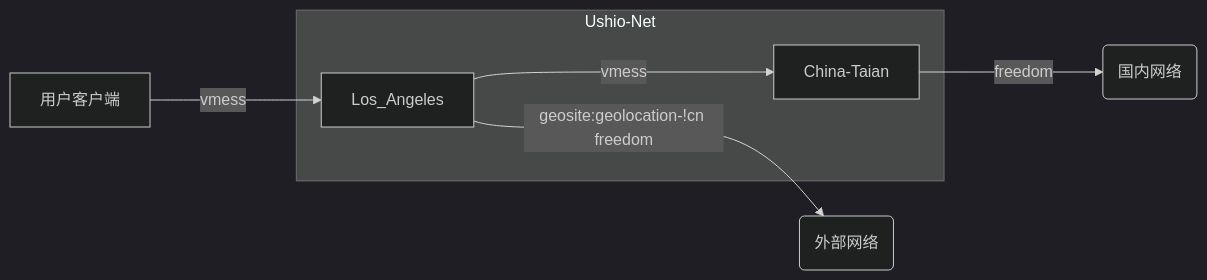
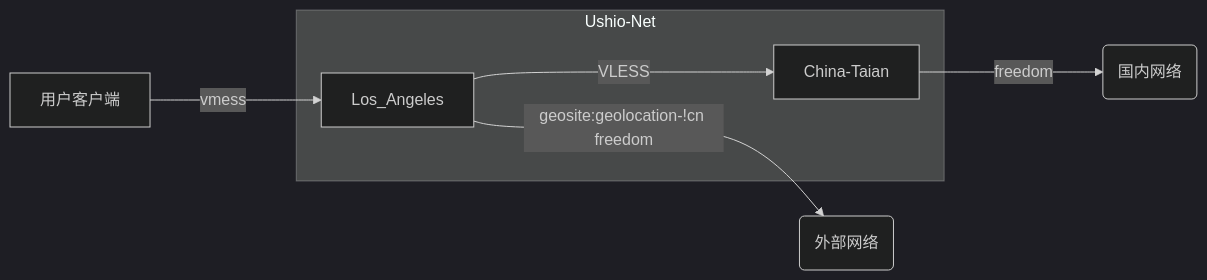
One commit to IoTcat/ushio-net changed the second of 2 diagrams in instr/advanced.md. Above: the diagram before and after it, drawn with Mermaid (dark theme). The commit also changed other lines of this file and 1 other file, not shown here.

````diff
--- a/instr/advanced.md
+++ b/instr/advanced.md
@@ -148,10 +99,10 @@
 ```mermaid
 graph LR
     subgraph net [Ushio-Net]
     	Los_Angeles
     	China-Taian
     end
-    用户客户端 --vmess---> Los_Angeles --vmess---> China-Taian --freedom---> china(国内网络)
+    用户客户端 --vmess---> Los_Angeles --VLESS---> China-Taian --freedom---> china(国内网络)
     Los_Angeles --geosite:geolocation-!cn freedom---> usa(外部网络)
 
 ```
````
